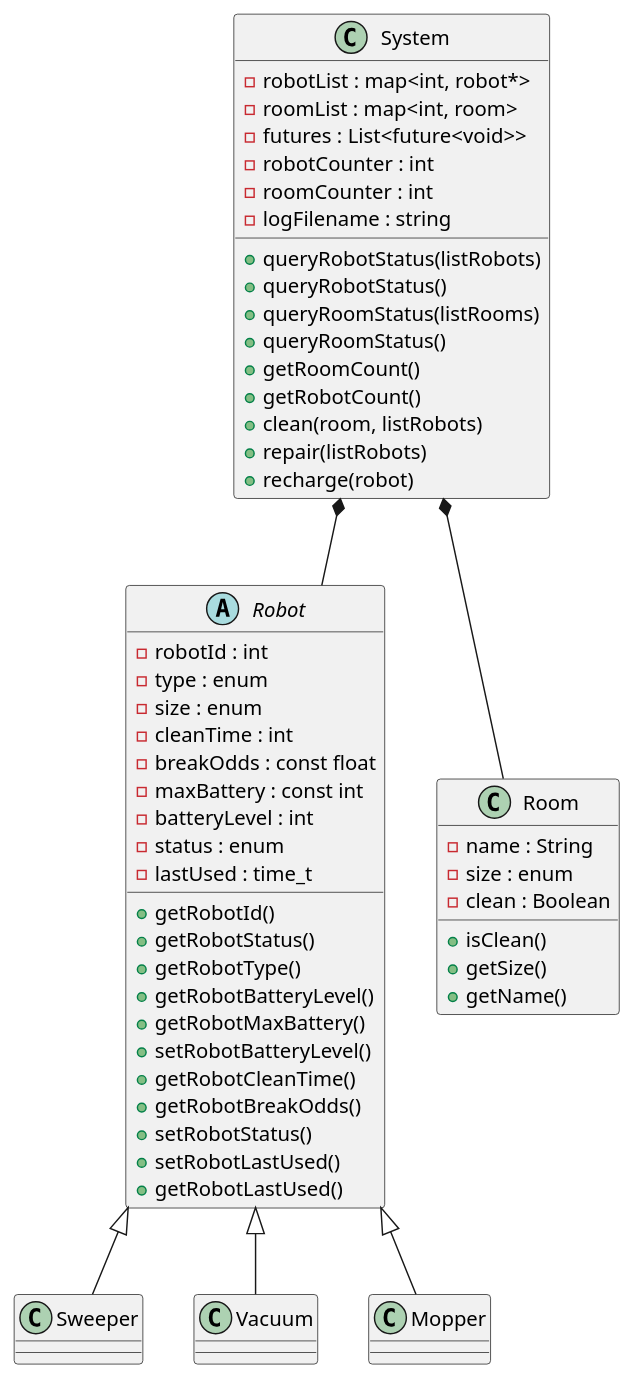
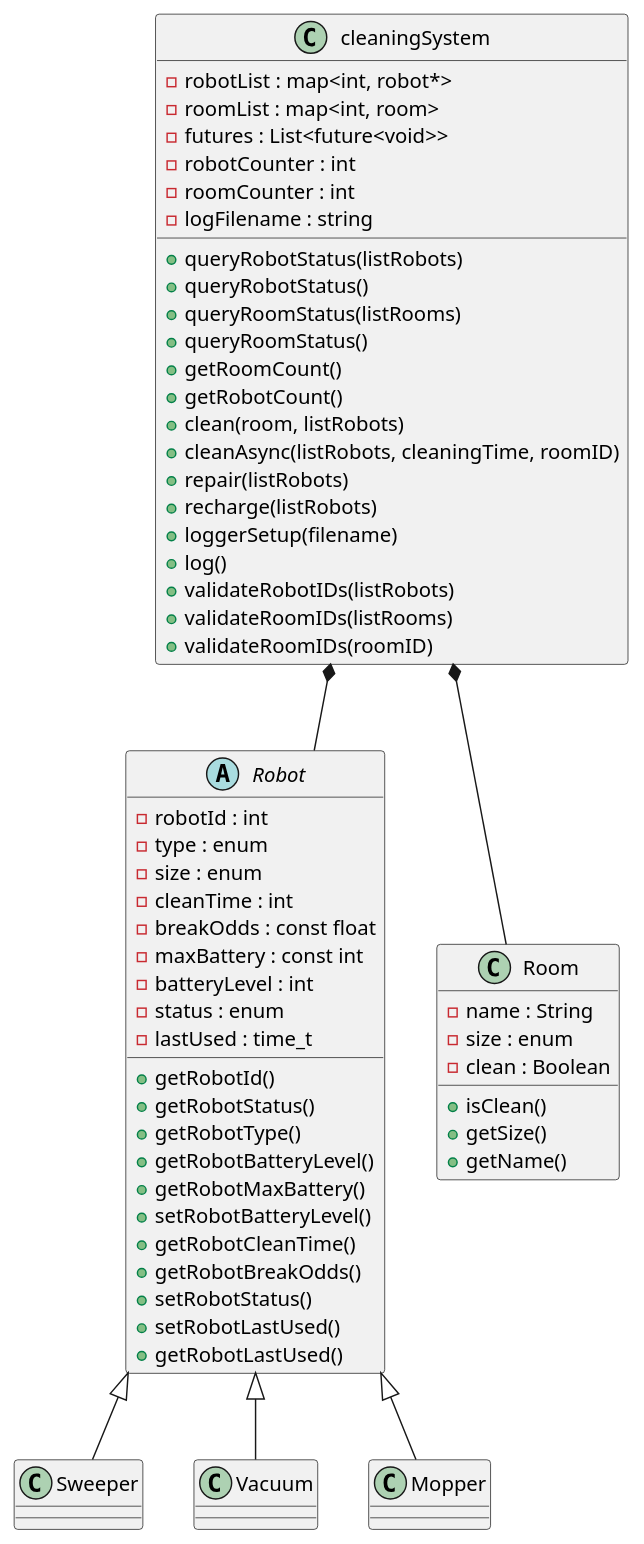
Before and after one commit to arisk02/robot-fleet-management-system: the diagram in docs/design/class_diagram/class_diagram.puml, drawn with PlantUML.

Commit message:
changed system to cleaningSystem

```diff
--- a/docs/design/class_diagram/class_diagram.puml
+++ b/docs/design/class_diagram/class_diagram.puml
@@ -1,59 +1,66 @@
 @startuml
-Class System{
+Class cleaningSystem{
     -robotList : map<int, robot*>
     -roomList : map<int, room>
     -futures : List<future<void>>
     -robotCounter : int
     -roomCounter : int
     -logFilename : string
 
     +queryRobotStatus(listRobots)
     +queryRobotStatus()
     +queryRoomStatus(listRooms)
     +queryRoomStatus()
     +getRoomCount()
     +getRobotCount()
     +clean(room, listRobots)
+    +cleanAsync(listRobots, cleaningTime, roomID)
     +repair(listRobots)
-    +recharge(robot)
+    +recharge(listRobots)
+    +loggerSetup(filename)
+    +log()
+    +validateRobotIDs(listRobots)
+    +validateRoomIDs(listRooms)
+    +validateRoomIDs(roomID)
+
 }
 Abstract class Robot{
     -robotId : int
     -type : enum
     -size : enum
     -cleanTime : int
     -breakOdds : const float
     -maxBattery : const int
     -batteryLevel : int
     -status : enum
     -lastUsed : time_t
     +getRobotId()
     +getRobotStatus()
     +getRobotType()
     +getRobotBatteryLevel()
     +getRobotMaxBattery()
     +setRobotBatteryLevel()
     +getRobotCleanTime()
     +getRobotBreakOdds()
     +setRobotStatus()
     +setRobotLastUsed()
     +getRobotLastUsed()
 }
 class Sweeper
 class Vacuum
 class Mopper
 class Room{
     -name : String
     -size : enum
     -clean : Boolean
     +isClean()
     +getSize()
     +getName()
 }
-System *-- Robot
+cleaningSystem *-- Robot
 Robot <|-- Sweeper
 Robot <|-- Vacuum
 Robot <|-- Mopper
-System *-- Room
+cleaningSystem *-- Room
 
 @enduml
```
